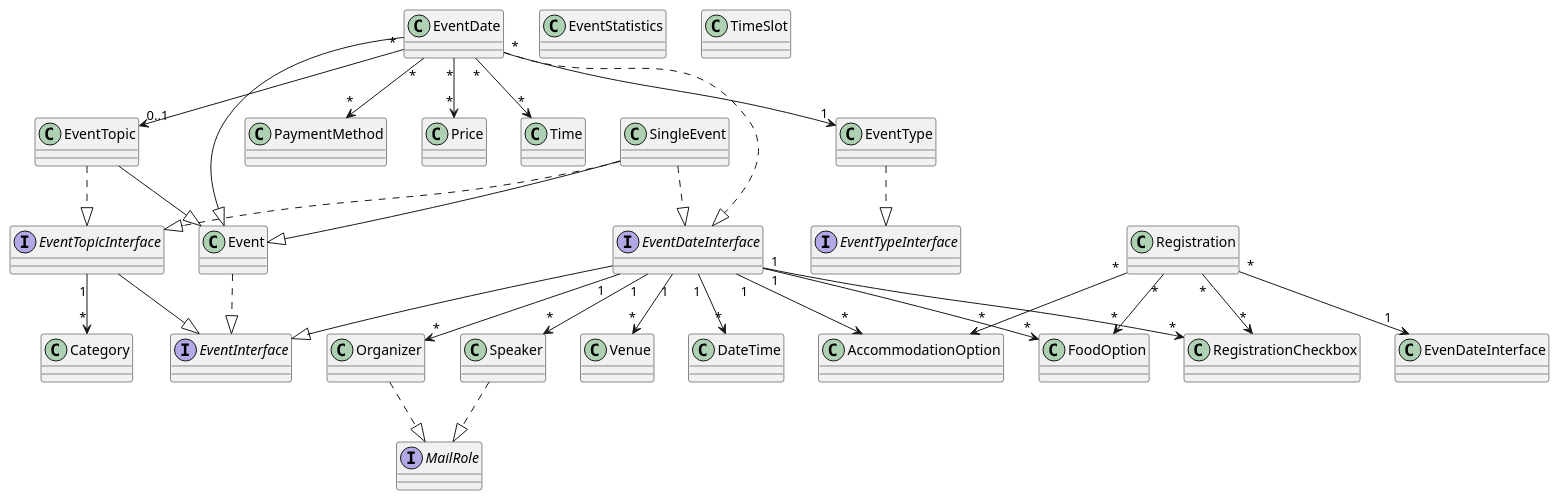
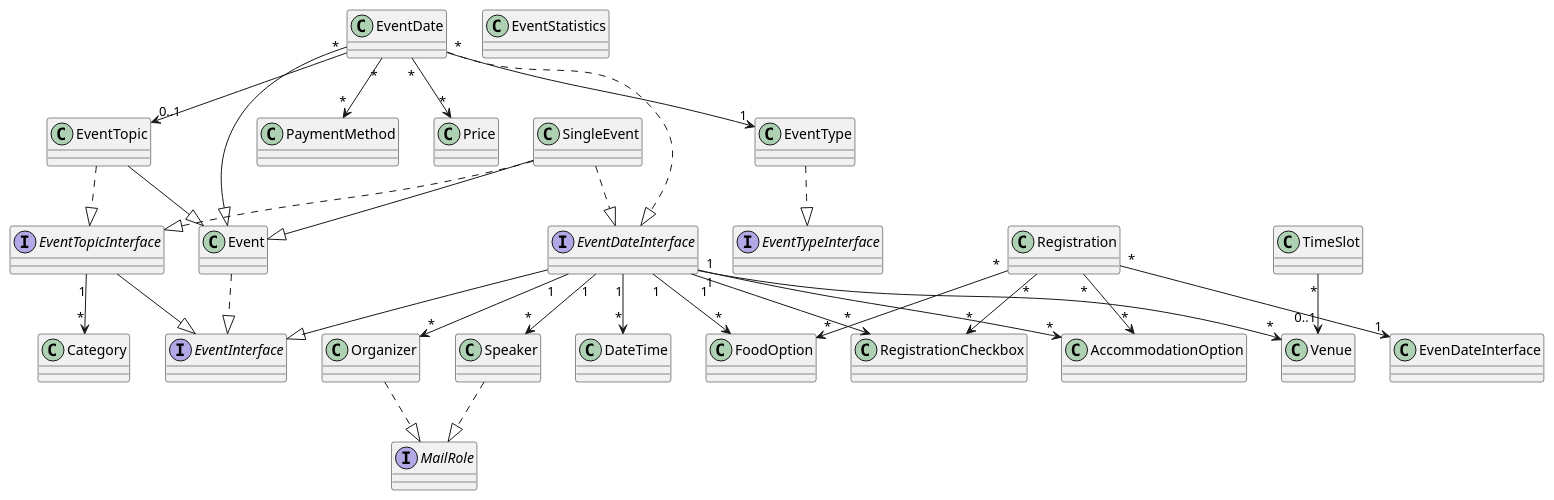
Before and after one commit to oliverklee-de/seminars: the diagram in Documentation/Architecture/UMLforEntities.plantuml, drawn with PlantUML. The commit also changed 5 other files, not shown here.

```diff
--- a/Documentation/Architecture/UMLforEntities.plantuml
+++ b/Documentation/Architecture/UMLforEntities.plantuml
@@ -1,78 +1,79 @@
 ' ==========
 ' Interfaces
 ' ==========
 interface EventDateInterface
 interface EventInterface
 interface EventTopicInterface
 interface EventTypeInterface
 interface MailRole
 
 ' ==============
 ' Domain Classes
 ' ==============
 class AccommodationOption
 class Category
 class DateTime
 class Event
 class EventDate
 class EventStatistics
 class EventTopic
 class EventType
 class FoodOption
 class Organizer
 class PaymentMethod
 class Price
 class Registration
 class RegistrationCheckbox
 class SingleEvent
 class Speaker
 class TimeSlot
 class Venue
 
 ' ===========
 ' Inheritance
 ' ===========
 EventDate --|> Event
 EventTopic --|> Event
 SingleEvent --|> Event
 
 EventDateInterface --|> EventInterface
 EventTopicInterface --|> EventInterface
 
 ' =========
 ' Interface
 ' =========
 Event ..|> EventInterface
 EventDate ..|> EventDateInterface
 EventTopic ..|> EventTopicInterface
 EventType ..|> EventTypeInterface
 Organizer ..|> MailRole
 SingleEvent ..|> EventDateInterface
 SingleEvent ..|> EventTopicInterface
 Speaker ..|> MailRole
 
 
 
 ' ============
 ' Associations
 ' ============
 EventDate "*" --> "1" EventType
 EventDate "*" --> "*" PaymentMethod
 EventDate "*" --> "*" Price
-EventDate "*" --> "*" Time
 EventDate "*" --> "0..1" EventTopic
 
 EventDateInterface "1" --> "*" AccommodationOption
 EventDateInterface "1" --> "*" DateTime
 EventDateInterface "1" --> "*" FoodOption
 EventDateInterface "1" --> "*" Organizer
 EventDateInterface "1" --> "*" RegistrationCheckbox
 EventDateInterface "1" --> "*" Speaker
 EventDateInterface "1" --> "*" Venue
 
 EventTopicInterface "1" --> "*" Category
 
 Registration "*" --> "*" AccommodationOption
 Registration "*" --> "1" EvenDateInterface
 Registration "*" --> "*" FoodOption
 Registration "*" --> "*" RegistrationCheckbox
+
+TimeSlot "*" --> "0..1" Venue
```
